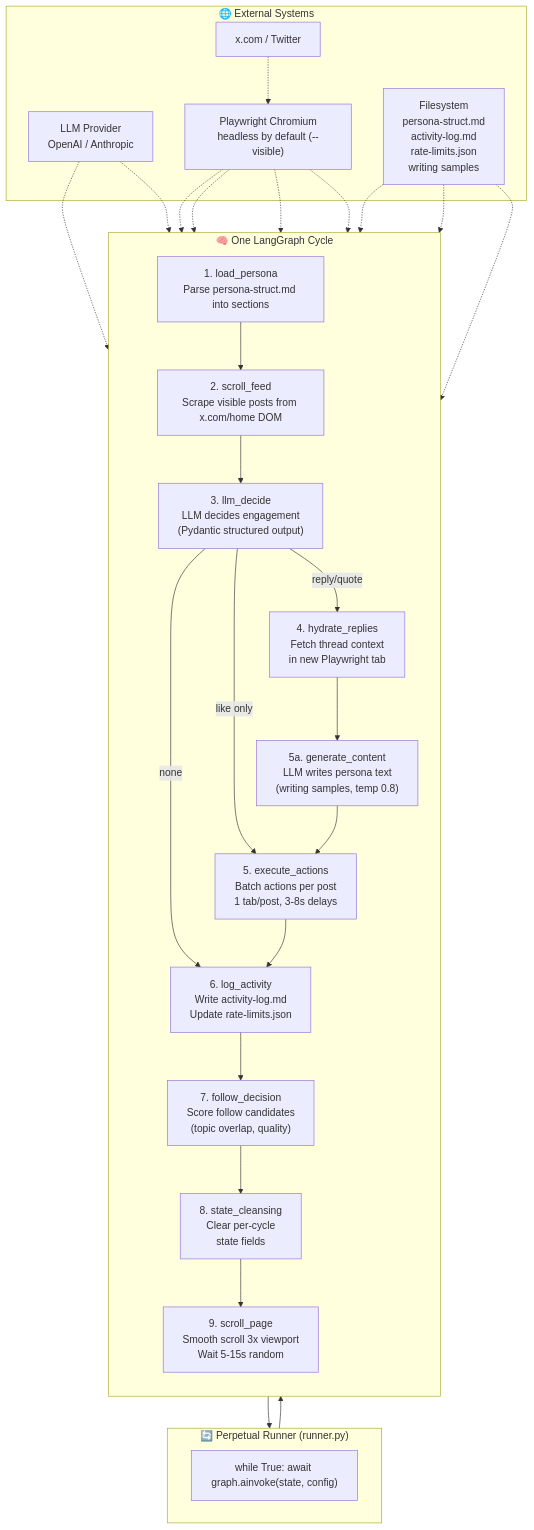
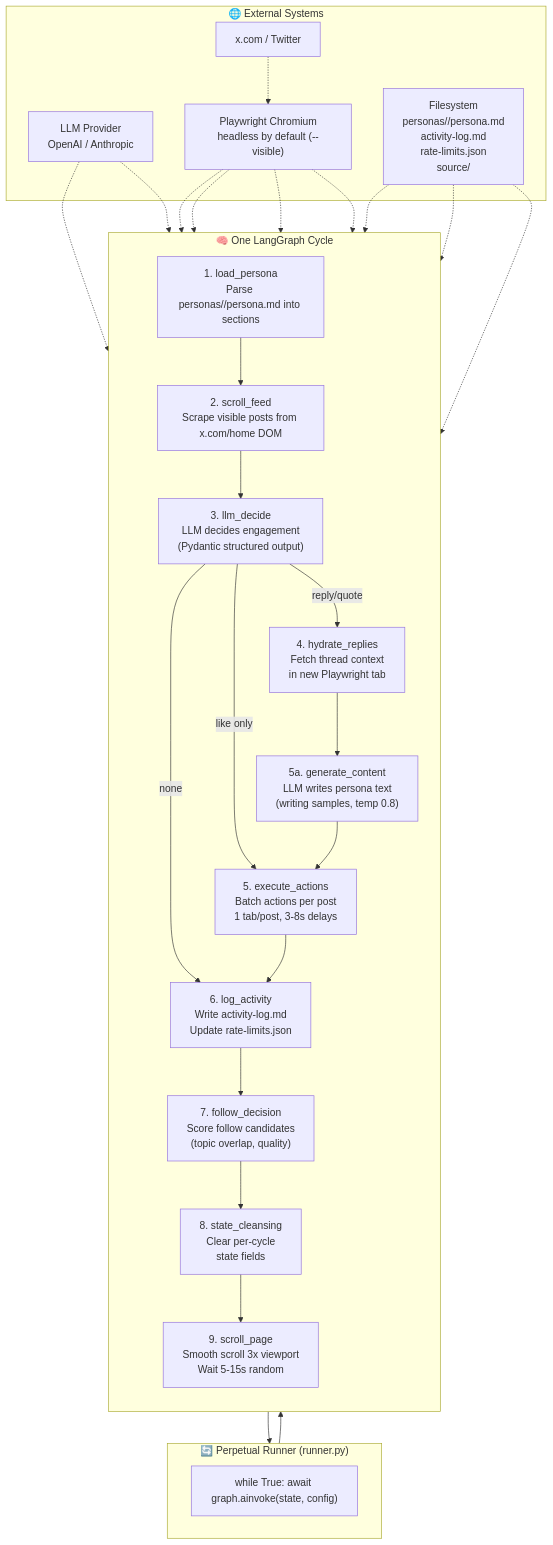
One commit to yumpyy/x-persona changed the diagram in README.md. Above: the diagram before and after it, drawn with Mermaid. The commit also changed other lines of this file and 12 other files, not shown here.

````diff
--- a/README.md
+++ b/README.md
@@ -5,43 +5,43 @@
 ```mermaid
 flowchart TB
     subgraph Runner["🔄 Perpetual Runner (runner.py)"]
         direction LR
         LOOP["while True: await graph.ainvoke(state, config)"]
     end
 
     subgraph Graph["🧠 One LangGraph Cycle"]
         direction TB
-        A["1. load_persona<br>Parse persona-struct.md into sections"] -->
+        A["1. load_persona<br>Parse personas/<name>/persona.md into sections"] -->
         B["2. scroll_feed<br>Scrape visible posts from x.com/home DOM"] -->
         C["3. llm_decide<br>LLM decides engagement<br>(Pydantic structured output)"]
         C -- "reply/quote" --> D["4. hydrate_replies<br>Fetch thread context<br>in new Playwright tab"]
         C -- "like only" --> E["5. execute_actions<br>Batch actions per post<br>1 tab/post, 3-8s delays"]
         C -- "none" --> G["6. log_activity"]
         D --> F["5a. generate_content<br>LLM writes persona text<br>(writing samples, temp 0.8)"]
         F --> E
         E --> G["6. log_activity<br>Write activity-log.md<br>Update rate-limits.json"]
         G --> H["7. follow_decision<br>Score follow candidates<br>(topic overlap, quality)"]
         H --> I["8. state_cleansing<br>Clear per-cycle<br>state fields"]
         I --> J["9. scroll_page<br>Smooth scroll 3x viewport<br>Wait 5-15s random"]
     end
 
     subgraph External["🌐 External Systems"]
         LLM["LLM Provider<br>OpenAI / Anthropic"]
         BROWSER["Playwright Chromium<br>headless by default (--visible)"]
         X["x.com / Twitter"]
-        FILES["Filesystem<br>persona-struct.md<br>activity-log.md<br>rate-limits.json<br>writing samples"]
+        FILES["Filesystem<br>personas/<name>/persona.md<br>activity-log.md<br>rate-limits.json<br>source/"]
     end
 
     LOOP --> A
     J --> LOOP
     LLM -.-> C
     LLM -.-> F
     BROWSER -.-> B
     BROWSER -.-> D
     BROWSER -.-> E
     BROWSER -.-> J
     X -.-> BROWSER
     FILES -.-> A
     FILES -.-> G
     FILES -.-> F
 ```
````
